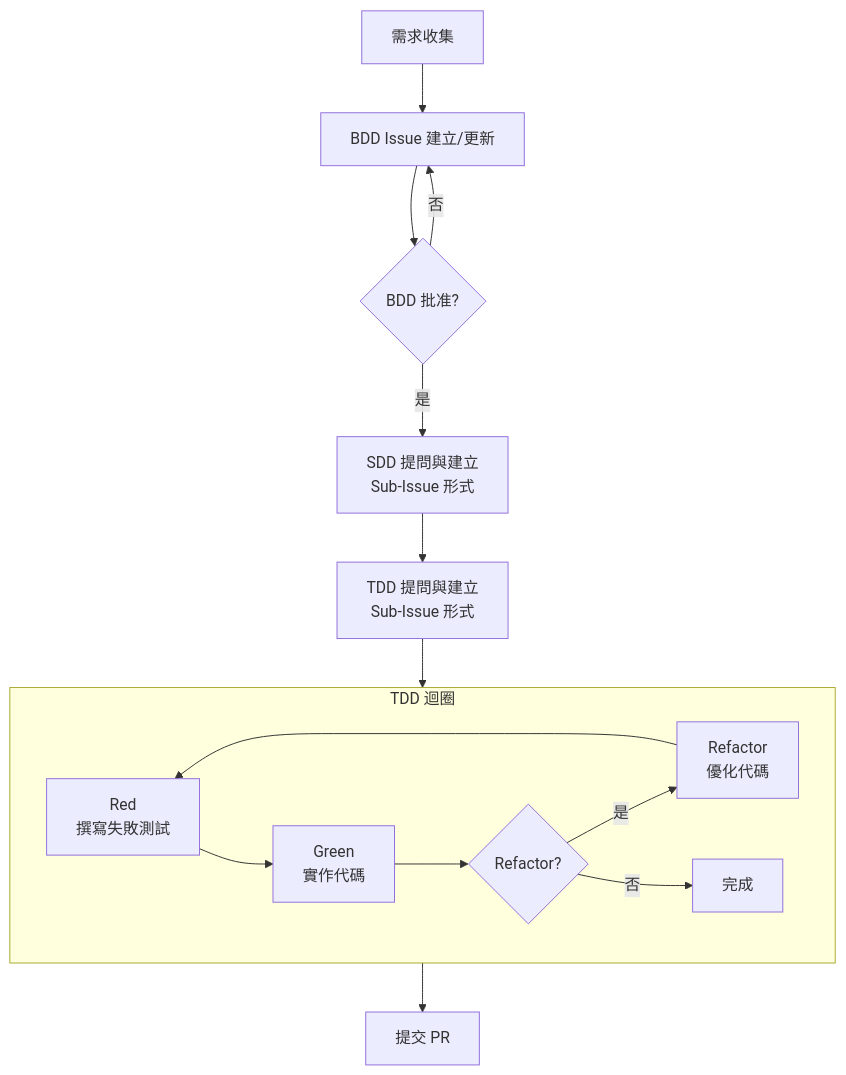
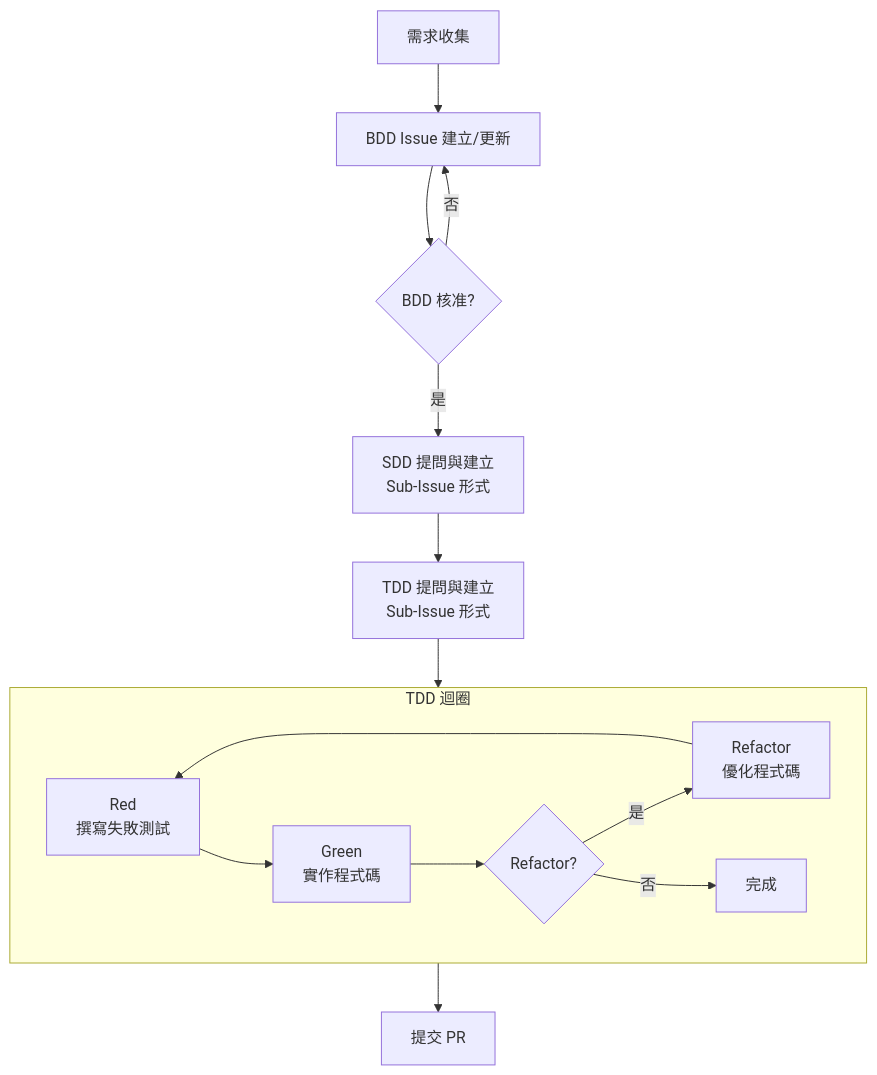
Before and after one commit to hsiangjenli/prompts: the diagram in README.md, drawn with Mermaid. The commit also changed other lines of this file and 4 other files, not shown here.

````diff
--- a/README.md
+++ b/README.md
@@ -7,22 +7,22 @@
 ```mermaid
 flowchart TD
     A["需求收集"] --> B["BDD Issue 建立/更新"]
-    B --> C{"BDD 批准?"}
+  B --> C{"BDD 核准?"}
     C -->|否| B
     C -->|是| D["SDD 提問與建立<br/>Sub-Issue 形式"]
     D --> E["TDD 提問與建立<br/>Sub-Issue 形式"]
     E --> TDD["TDD 迴圈"]
     
     subgraph TDD["TDD 迴圈"]
         F["Red<br/>撰寫失敗測試"]
-        G["Green<br/>實作代碼"]
+  G["Green<br/>實作程式碼"]
         H{"Refactor?"}
-        I["Refactor<br/>優化代碼"]
+  I["Refactor<br/>優化程式碼"]
         F --> G --> H
         H -->|是| I
         I --> F
         H -->|否| J["完成"]
     end
     
     TDD --> K["提交 PR"]
 ```
````
